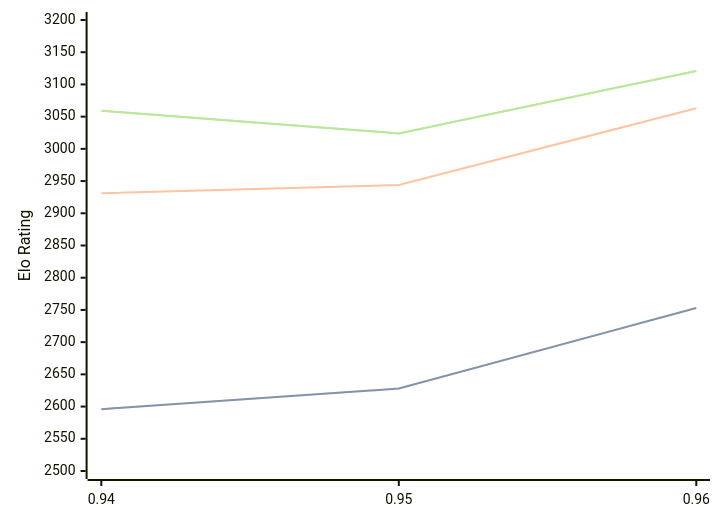
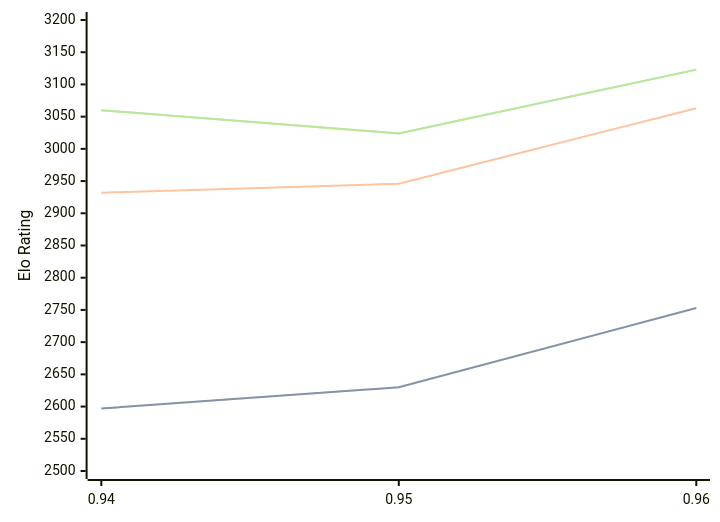
One commit to computer-chess-index/cci changed the diagram in engines/Myrddin.md. Above: the diagram before and after it, drawn with Mermaid. The commit also changed other lines of this file, not shown here.

Commit message:
Update CCI Ratings (ELO VLTC) - 2026-09-13

````diff
--- a/engines/Myrddin.md
+++ b/engines/Myrddin.md
@@ -33,11 +33,11 @@
 ```mermaid
 %%{init: {"theme":"base","themeVariables":{"seriesColors:['#a3a3a3','#222221','#faa371']}}}%%
 xychart-beta
   x-axis ["0.94", "0.95", "0.96"]
   y-axis "Elo Rating" 2500 --> 3200
-  line "" [2596, 2628, 2753]
-  line "STC (8.0+0.08s)" [2596, 2628, 2753]
-  line "LTC (60.0+0.60s)" [2931, 2944, 3063]
-  line "" [3059, 3024, 3121]
-  line "VLTC (2m24s+1.12s)" [3059, 3024, 3121]
+  line "" [2597, 2630, 2753]
+  line "STC (8.0+0.08s)" [2597, 2630, 2753]
+  line "LTC (60.0+0.60s)" [2932, 2946, 3063]
+  line "" [3060, 3024, 3123]
+  line "VLTC (2m24s+1.12s)" [3060, 3024, 3123]
 ```
````
